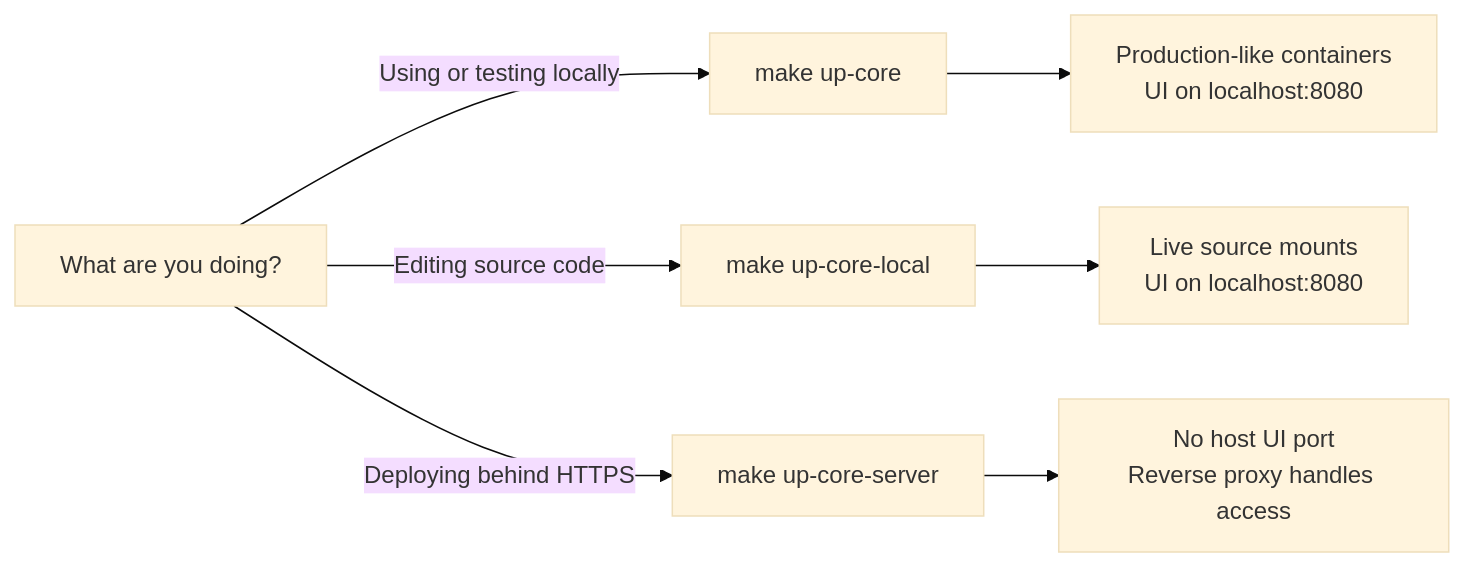
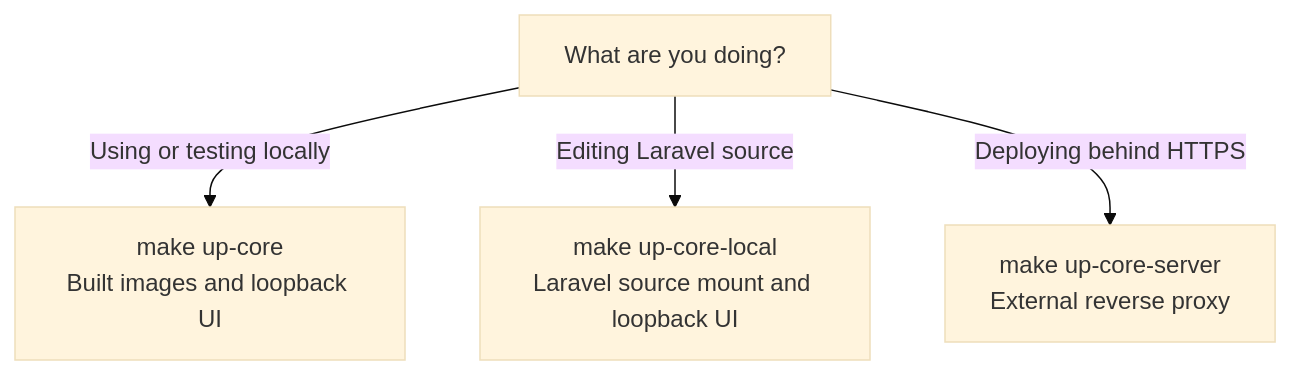
Before and after one commit to hawk-digital-environments/HAWKI-RAG: the diagram in _documentation/Getting Started/2_setup.md, drawn with Mermaid (base theme). The commit also changed other lines of this file and 35 other files, not shown here.

````diff
--- a/_documentation/Getting Started/2_setup.md
+++ b/_documentation/Getting Started/2_setup.md
@@ -64,11 +31,7 @@
 ```mermaid
-flowchart LR
+flowchart TB
     Start["What are you doing?"]
-    Start -->|"Using or testing locally"| Core["make up-core"]
-    Start -->|"Editing source code"| Local["make up-core-local"]
-    Start -->|"Deploying behind HTTPS"| Server["make up-core-server"]
-
-    Core --> CoreResult["Production-like containers<br/>UI on localhost:8080"]
-    Local --> LocalResult["Live source mounts<br/>UI on localhost:8080"]
-    Server --> ServerResult["No host UI port<br/>Reverse proxy handles access"]
+    Start -->|"Using or testing locally"| Core["make up-core<br/>Built images and loopback UI"]
+    Start -->|"Editing Laravel source"| Local["make up-core-local<br/>Laravel source mount and loopback UI"]
+    Start -->|"Deploying behind HTTPS"| Server["make up-core-server<br/>External reverse proxy"]
 ```
````
